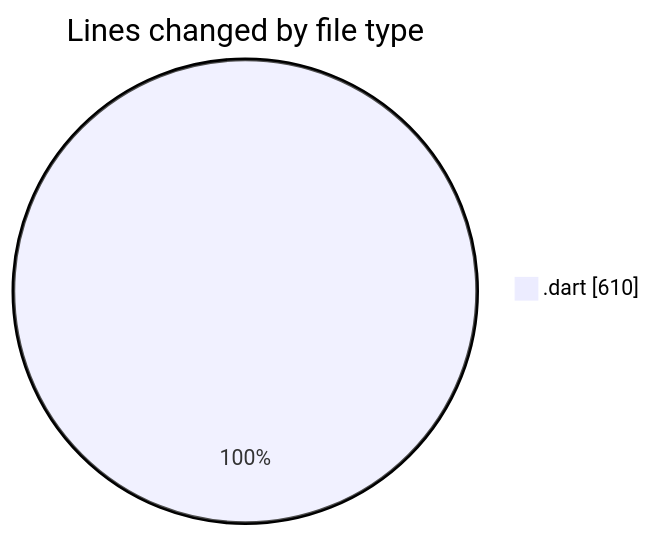
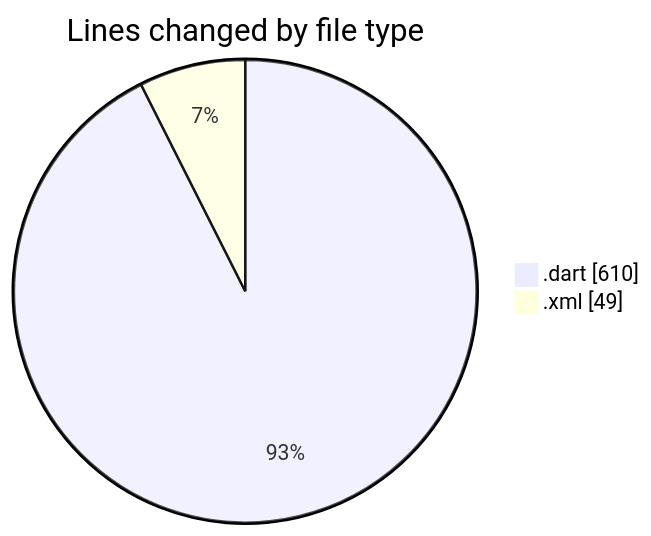
The first of 2 diagrams in 2025-01-26/trackers_app/README.md (donsfak/code-tracking), drawn with Mermaid before and after one commit. The commit also changed other lines of this file and 1 other file, not shown here.

````diff
--- a/2025-01-26/trackers_app/README.md
+++ b/2025-01-26/trackers_app/README.md
@@ -24,5 +25,6 @@
 ```mermaid
 pie showData
 title Lines changed by file type
 ".dart" : 610
+".xml" : 49
 ```
````
